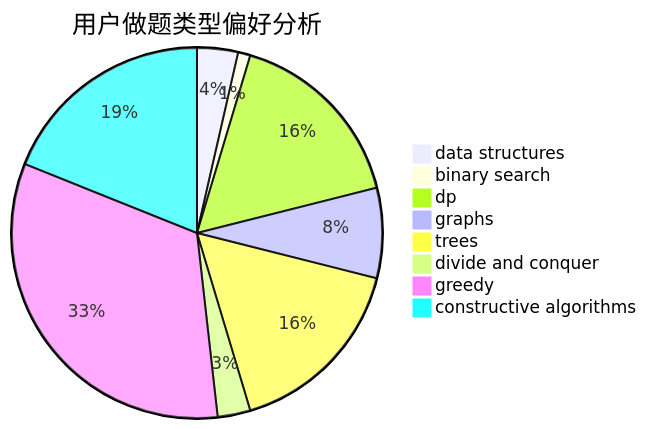
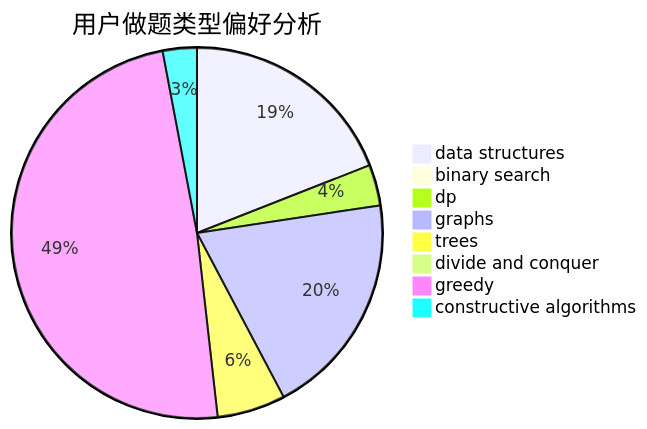
Before and after one commit to sherpahu/cfrs.github.io: the second of 3 diagrams in docs/user/u1667.md, drawn with Mermaid. The commit also changed other lines of this file and 2770 other files, not shown here.

````diff
--- a/docs/user/u1667.md
+++ b/docs/user/u1667.md
@@ -23,11 +23,11 @@
 ```mermaid
 pie title 用户做题类型偏好分析
-    "data structures" :  10
-    "binary search" :  3
-    "dp" :  46
-    "graphs" :  22
-    "trees" :  46
-    "divide and conquer" :  8
-    "greedy" :  92
-    "constructive algorithms" :  53
+    "data structures" :  32
+    "binary search" :  0
+    "dp" :  6
+    "graphs" :  33
+    "trees" :  10
+    "divide and conquer" :  0
+    "greedy" :  82
+    "constructive algorithms" :  5
 ```
````
